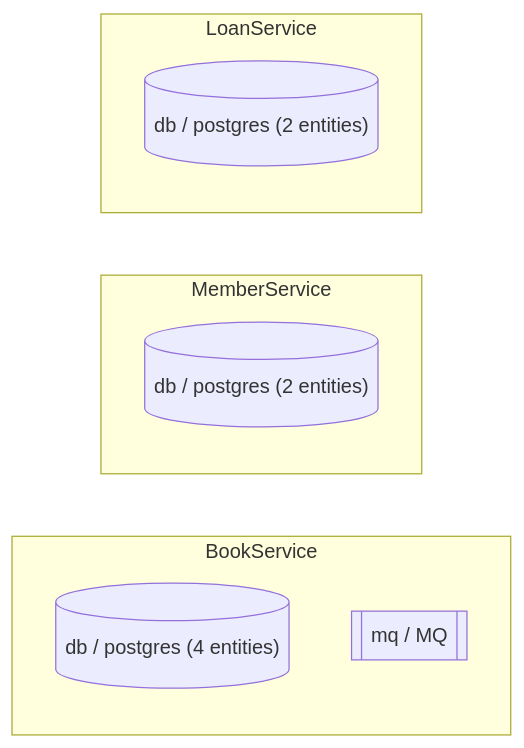
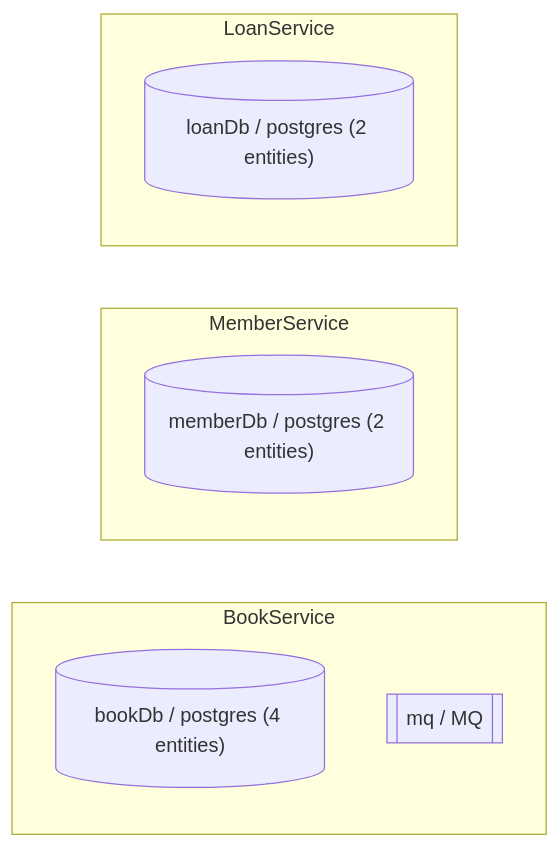
One commit to keturk/datrix changed the diagram in examples/01-tutorial/11-service-dependencies/docs/diagrams/infrastructure.md. Above: the diagram before and after it, drawn with Mermaid. The commit also changed 158 other files, not shown here.

First line of the commit message:
Examples: name RDBMS blocks and align diagrams/docs with multi-datasource style

````diff
--- a/examples/01-tutorial/11-service-dependencies/docs/diagrams/infrastructure.md
+++ b/examples/01-tutorial/11-service-dependencies/docs/diagrams/infrastructure.md
@@ -3,13 +3,13 @@
 ```mermaid
 graph LR
     subgraph "BookService"
-    book_service_rdbms_db[("db / postgres (4 entities)")]
+    book_service_rdbms_book_db[("bookDb / postgres (4 entities)")]
     book_service_mq_mq[["mq / MQ"]]
     end
     subgraph "MemberService"
-    member_service_rdbms_db[("db / postgres (2 entities)")]
+    member_service_rdbms_member_db[("memberDb / postgres (2 entities)")]
     end
     subgraph "LoanService"
-    loan_service_rdbms_db[("db / postgres (2 entities)")]
+    loan_service_rdbms_loan_db[("loanDb / postgres (2 entities)")]
     end
 ```
````
